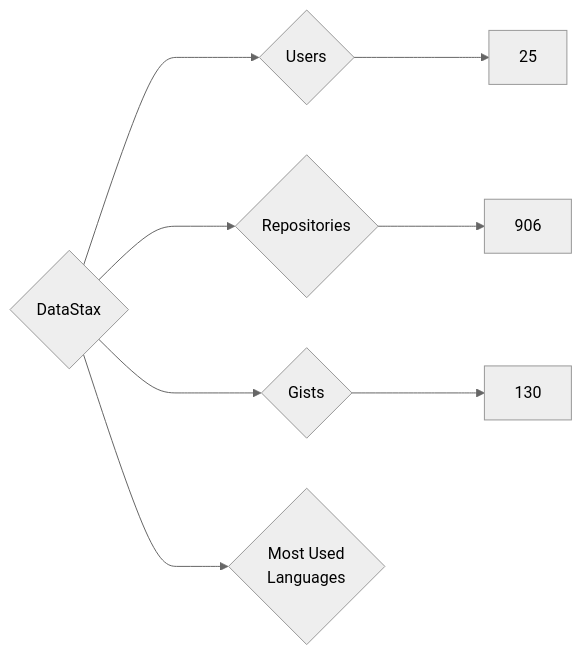
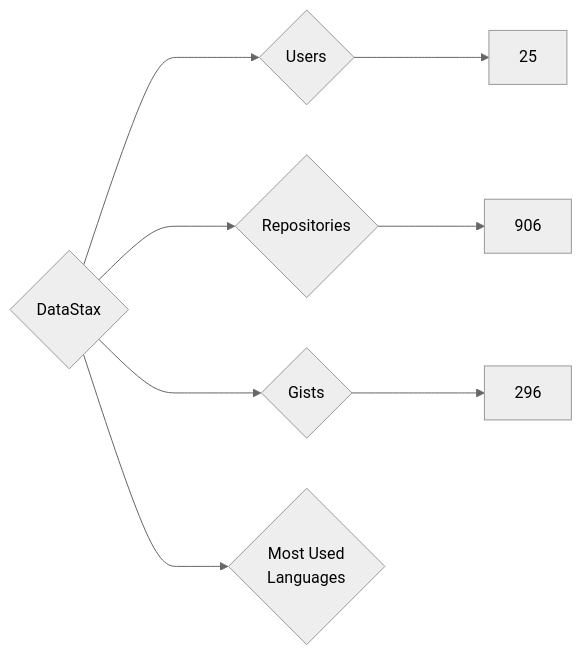
One commit to nenadzaric/insiders changed the diagram in targets/DataStax/README.md. Above: the diagram before and after it, drawn with Mermaid (neutral theme). The commit also changed 1342 other files, not shown here.

````diff
--- a/targets/DataStax/README.md
+++ b/targets/DataStax/README.md
@@ -3,8 +3,8 @@
 ```mermaid
 graph LR
 COMPANY_NAME{DataStax}
 COMPANY_NAME ---> U{Users} ---> UN[25]
 COMPANY_NAME ---> R{Repositories} ---> RN[906]
-COMPANY_NAME ---> G{Gists} ---> GN[130]
+COMPANY_NAME ---> G{Gists} ---> GN[296]
 COMPANY_NAME ---> ML{Most Used<br>Languages}
 ```
````
